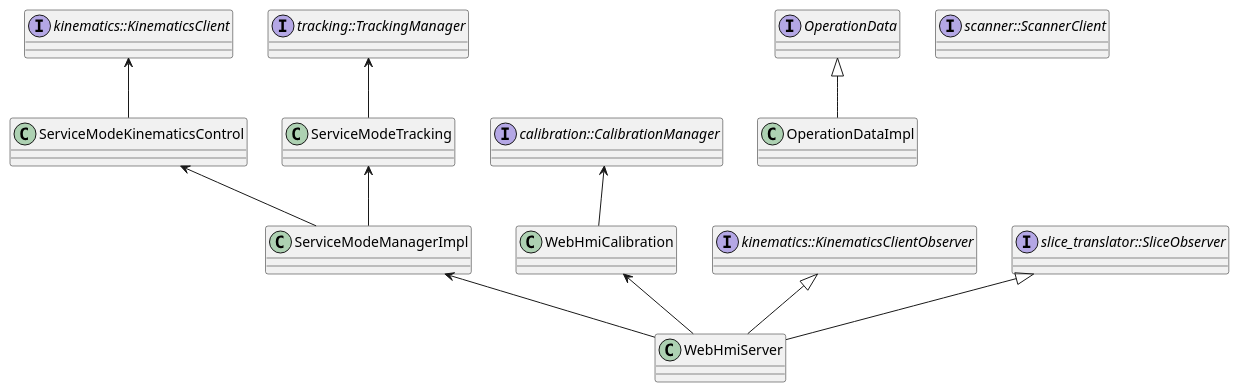
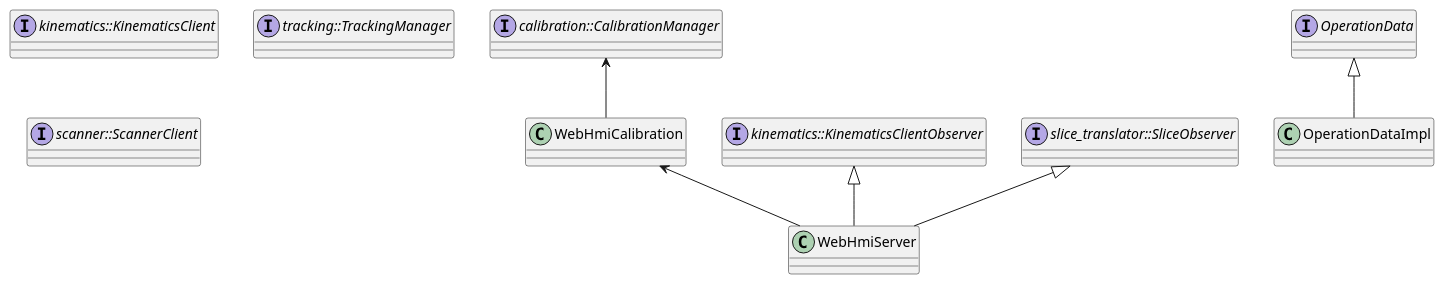
Before and after one commit to usrk04134-droid/adapt: the diagram in adaptio/src/main/web_hmi/DOCS.md, drawn with PlantUML. The commit also changed 172 other files, not shown here.

````diff
--- a/adaptio/src/main/web_hmi/DOCS.md
+++ b/adaptio/src/main/web_hmi/DOCS.md
@@ -3,31 +3,20 @@
 ```plantuml
 
 class "WebHmiServer"
 class "OperationDataImpl"
-class "ServiceModeManagerImpl"
-class "ServiceModeKinematicsControl"
-class "ServiceModeTracking"
 class "WebHmiCalibration"
 interface "OperationData"
 interface "kinematics::KinematicsClientObserver"
 interface "slice_translator::SliceObserver"
 interface "kinematics::KinematicsClient"
 interface "tracking::TrackingManager"
 interface "scanner::ScannerClient"
 interface "calibration::CalibrationManager"
 
-ServiceModeManagerImpl <-- WebHmiServer
 WebHmiCalibration <-- WebHmiServer
 OperationData <|-- OperationDataImpl
 kinematics::KinematicsClientObserver <|-- WebHmiServer
 slice_translator::SliceObserver <|-- WebHmiServer
 
 calibration::CalibrationManager <-- WebHmiCalibration
-
-ServiceModeKinematicsControl <-- ServiceModeManagerImpl
-ServiceModeTracking <-- ServiceModeManagerImpl
-
-tracking::TrackingManager <-- ServiceModeTracking
-kinematics::KinematicsClient <-- ServiceModeKinematicsControl
-
 ```
````
